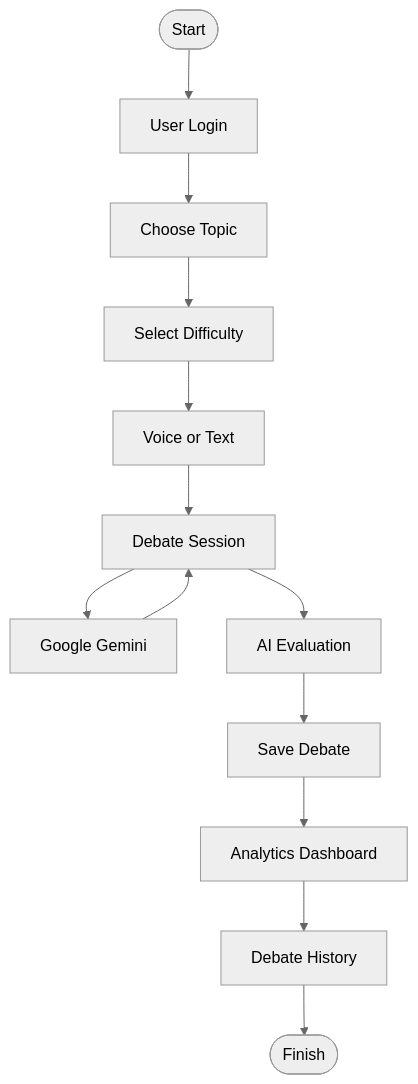
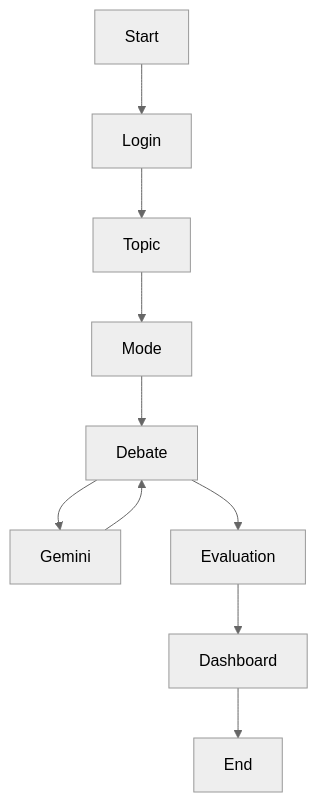
Before and after one commit to Peethambari123/AI-Debate-Arena2: the second of 2 diagrams in README.md, drawn with Mermaid (neutral theme). The commit also changed other lines of this file, not shown here.

````diff
--- a/README.md
+++ b/README.md
@@ -405,51 +124,39 @@
 ```mermaid
 flowchart TD
 
-Start([Start])
+Start
 
-Login[User Login]
+Login
 
-Topic[Choose Topic]
+Topic
 
-Difficulty[Select Difficulty]
+Mode
 
-Mode[Voice or Text]
+Debate
 
-Debate[Debate Session]
+Gemini
 
-Gemini[Google Gemini]
+Evaluation
 
-Evaluation[AI Evaluation]
+Dashboard
 
-Database[Save Debate]
-
-Dashboard[Analytics Dashboard]
-
-History[Debate History]
-
-End([Finish])
+End
 
 Start --> Login
 
 Login --> Topic
 
-Topic --> Difficulty
-
-Difficulty --> Mode
+Topic --> Mode
 
 Mode --> Debate
 
 Debate --> Gemini
 
 Gemini --> Debate
 
 Debate --> Evaluation
 
-Evaluation --> Database
+Evaluation --> Dashboard
 
-Database --> Dashboard
-
-Dashboard --> History
-
-History --> End
+Dashboard --> End
 ```
````
